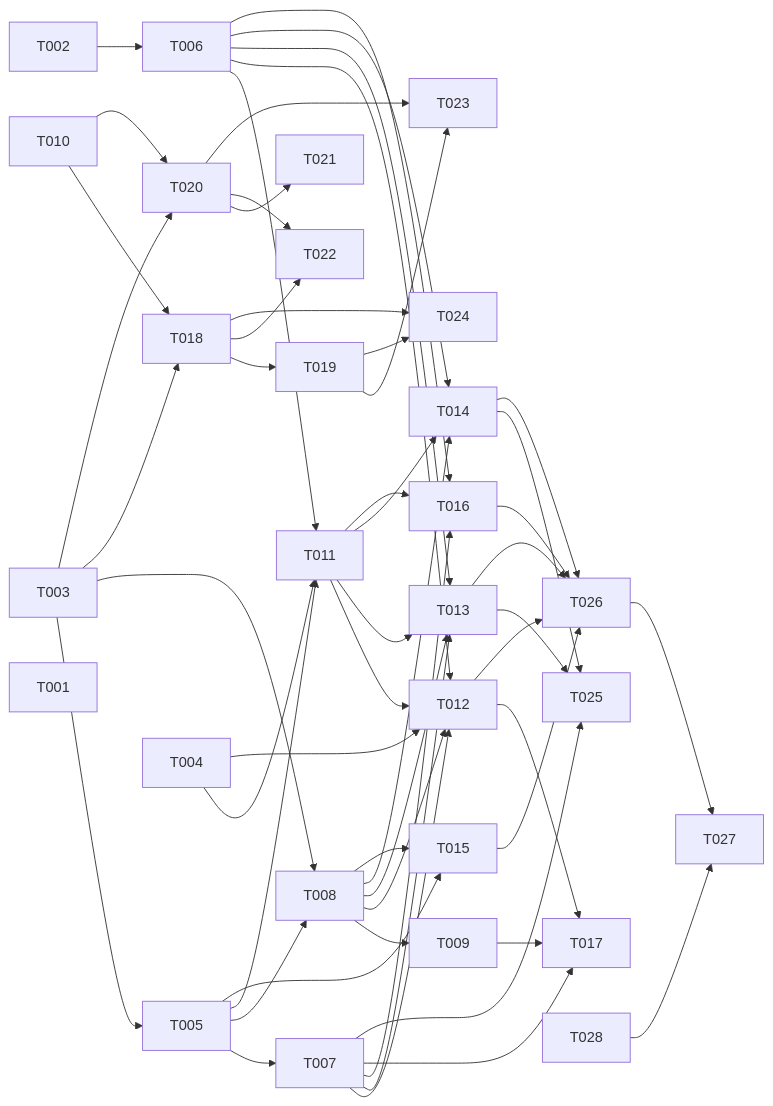
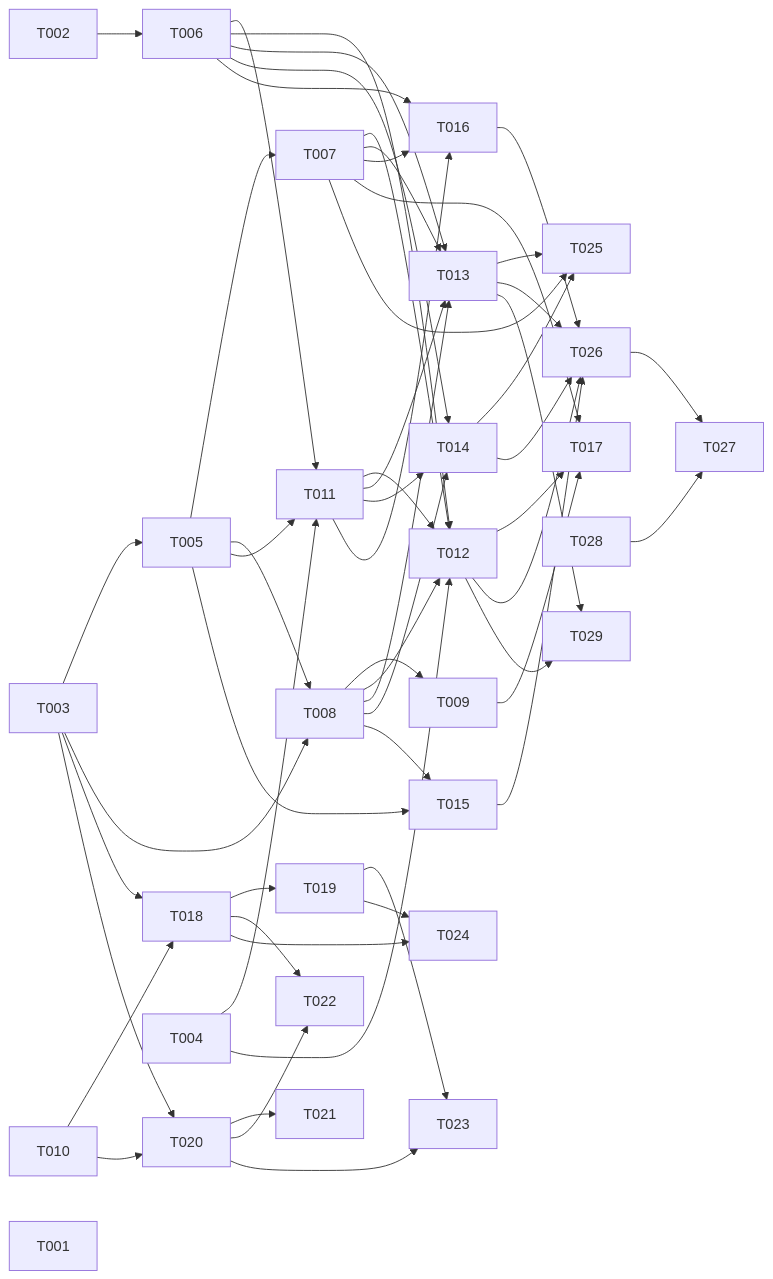
Before and after one commit to tdduydev/xdev-hive: the diagram in specs/018-docs-repo-sync/tasks.md, drawn with Mermaid. The commit also changed other lines of this file and 2 other files, not shown here.

````diff
--- a/specs/018-docs-repo-sync/tasks.md
+++ b/specs/018-docs-repo-sync/tasks.md
@@ -460,21 +473,22 @@
 ```mermaid
 flowchart LR
   T003 --> T005 & T008 & T018 & T020
   T002 --> T006
   T010 --> T018 & T020
   T005 --> T007 & T008 & T011 & T015
   T004 --> T011 & T012
   T006 --> T011 & T012 & T013 & T014 & T016
   T007 --> T012 & T013 & T016 & T017
   T008 --> T009 & T012 & T013 & T014 & T015
   T011 --> T012 & T013 & T014 & T016
   T018 --> T019 & T022 & T024
   T019 --> T023 & T024
   T020 --> T021 & T022 & T023
   T009 --> T017
   T012 --> T017
   T007 & T013 & T014 --> T025
   T012 & T013 & T014 & T015 & T016 --> T026
   T026 & T028 --> T027
+  T012 & T013 --> T029
   T001
 ```
````
